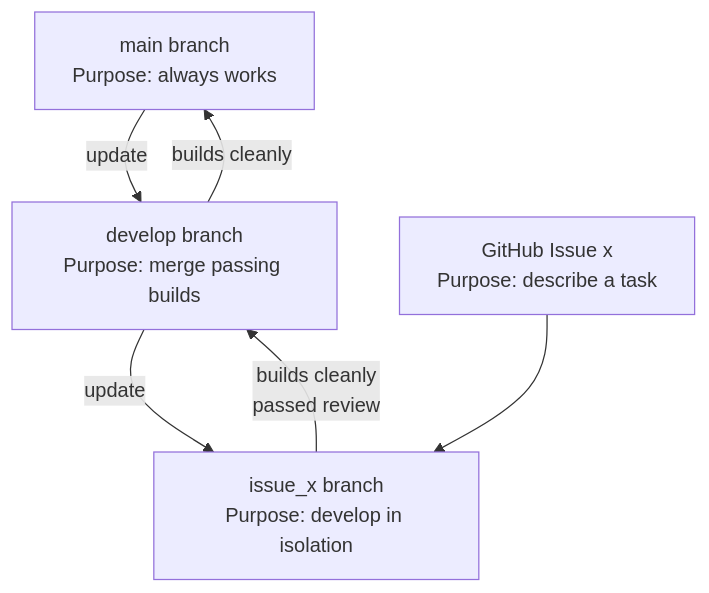
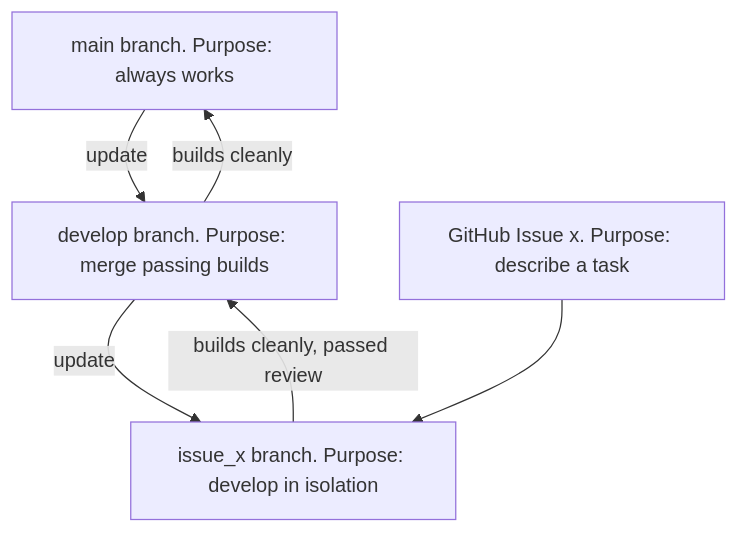
Before and after one commit to UPPMAX/programming_formalisms: the diagram in docs/misc/github_workflow.md, drawn with Mermaid. The commit also changed 4 other files, not shown here.

````diff
--- a/docs/misc/github_workflow.md
+++ b/docs/misc/github_workflow.md
@@ -3,14 +3,14 @@
 ```mermaid
 flowchart TD
-  main[main branch\nPurpose: always works]
-  develop[develop branch\nPurpose: merge passing builds]
-  topic[issue_x branch\nPurpose: develop in isolation]
-  issue[GitHub Issue x\nPurpose: describe a task]
+  main[main branch. Purpose: always works]
+  develop[develop branch. Purpose: merge passing builds]
+  topic[issue_x branch. Purpose: develop in isolation]
+  issue[GitHub Issue x. Purpose: describe a task]
 
   main --> |update| develop
   develop --> |builds cleanly| main
-  topic --> |builds cleanly\npassed review| develop
+  topic --> |builds cleanly, passed review| develop
   develop --> |update| topic
 
   issue --> topic
 ```
````
